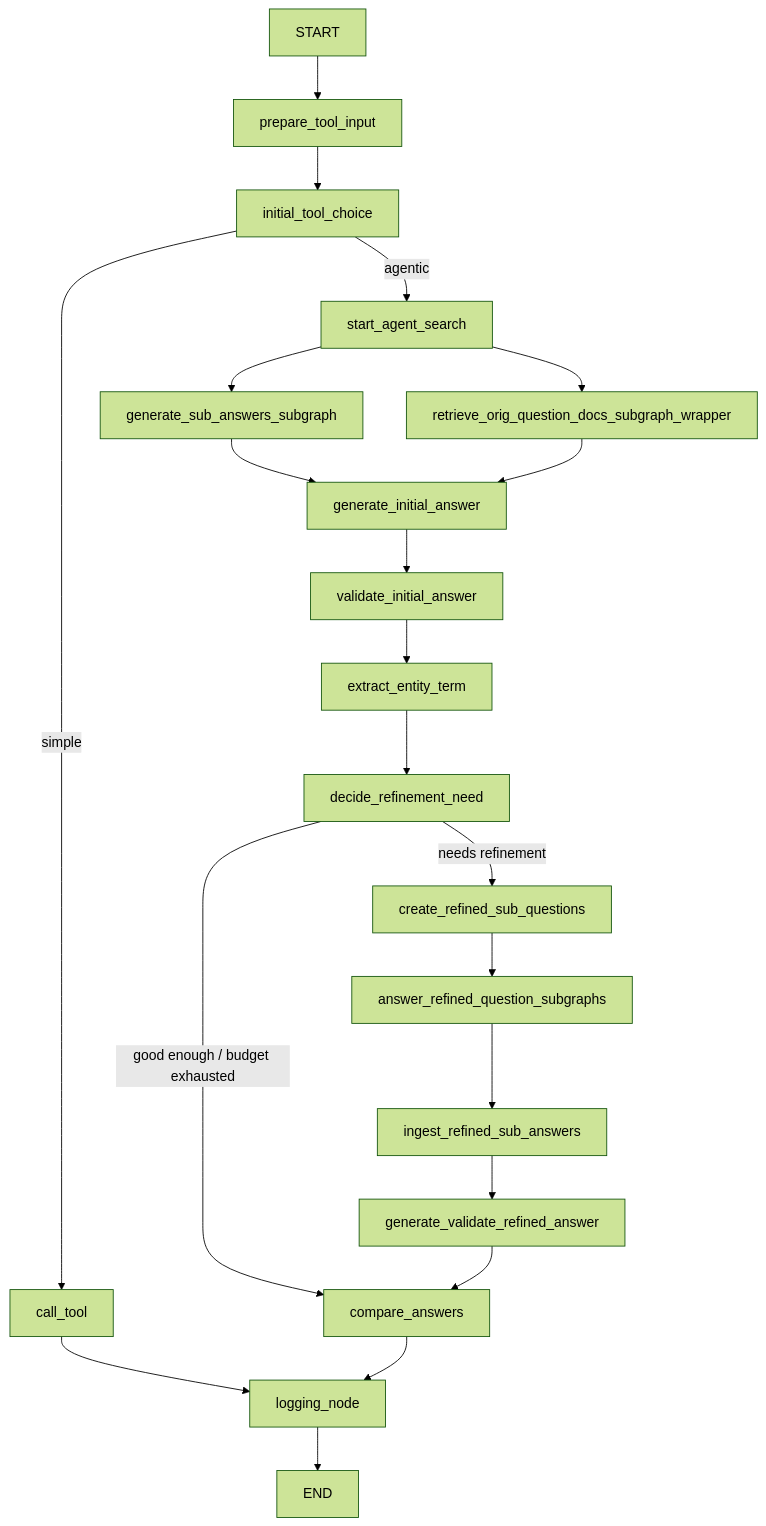
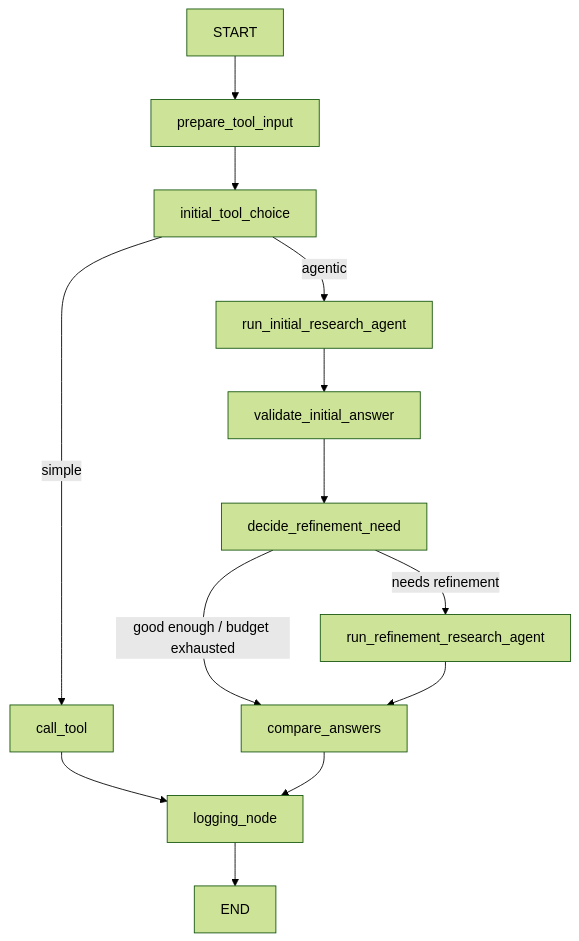
One commit to warlockdn/langgraph-search-agent changed the diagram in README.md. Above: the diagram before and after it, drawn with Mermaid (forest theme). The commit also changed other lines of this file, not shown here.

````diff
--- a/README.md
+++ b/README.md
@@ -14,31 +14,18 @@
 ```mermaid
 flowchart TD
     A["START"] --> B["prepare_tool_input"]
     B --> C["initial_tool_choice"]
 
     C -->|simple| D["call_tool"]
-    C -->|agentic| E["start_agent_search"]
+    C -->|agentic| E["run_initial_research_agent"]
 
-    D --> P["logging_node"]
+    D --> I["logging_node"]
 
-    E --> F["generate_sub_answers_subgraph"]
-    E --> G["retrieve_orig_question_docs_subgraph_wrapper"]
-
-    F --> H["generate_initial_answer"]
-    G --> H
-
-    H --> I["validate_initial_answer"]
-    I --> J["extract_entity_term"]
-    J --> K["decide_refinement_need"]
-
-    K -->|needs refinement| L["create_refined_sub_questions"]
-    K -->|good enough / budget exhausted| O["compare_answers"]
-
-    L --> M["answer_refined_question_subgraphs"]
-    M --> N["ingest_refined_sub_answers"]
-    N --> Q["generate_validate_refined_answer"]
-    Q --> O
-
-    O --> P
-    P --> R["END"]
+    E --> F["validate_initial_answer"]
+    F --> G["decide_refinement_need"]
+    G -->|needs refinement| H["run_refinement_research_agent"]
+    G -->|good enough / budget exhausted| J["compare_answers"]
+    H --> J
+    J --> I
+    I --> K["END"]
 ```
````
